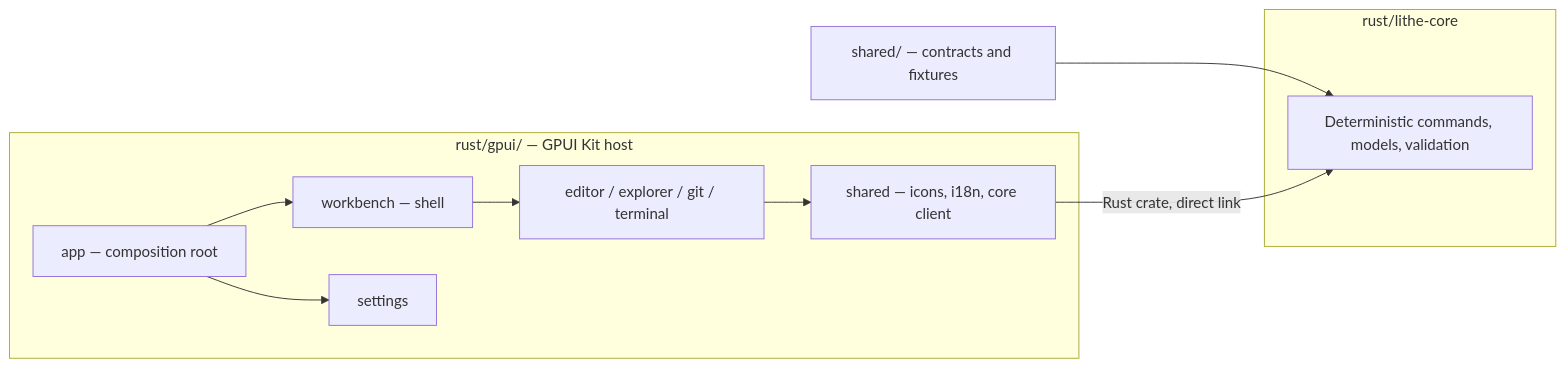
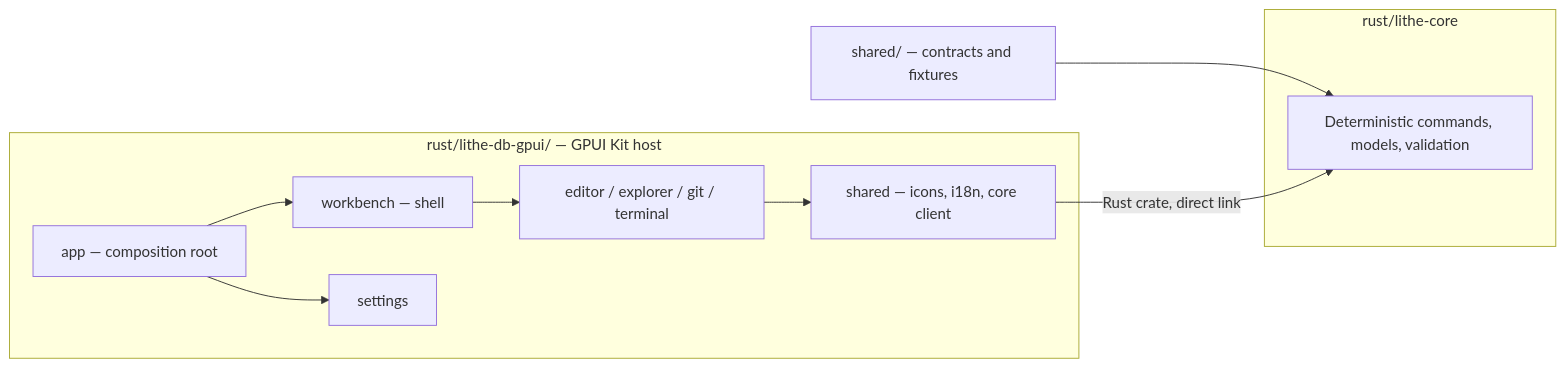
Before and after one commit to T-fenlin/Lithe-IDEA: the diagram in README.md, drawn with Mermaid. The commit also changed other lines of this file and 1677 other files, not shown here.

First line of the commit message:
refactor(lithe-db-gpui): 宿主目录与 crate 前缀由 gpui 改为 lithe-db-gpui

````diff
--- a/README.md
+++ b/README.md
@@ -158,16 +158,16 @@
 ```mermaid
 flowchart LR
-    subgraph Host["rust/gpui/ — GPUI Kit host"]
+    subgraph Host["rust/lithe-db-gpui/ — GPUI Kit host"]
         App["app — composition root"] --> Workbench["workbench — shell"]
         Workbench --> Editor["editor / explorer / git / terminal"]
         App --> Settings["settings"]
         Editor --> Shared["shared — icons, i18n, core client"]
     end
 
     subgraph Core["rust/lithe-core"]
         Commands["Deterministic commands, models, validation"]
     end
 
     Contracts["shared/ — contracts and fixtures"] --> Commands
     Shared -->|"Rust crate, direct link"| Commands
 ```
````
